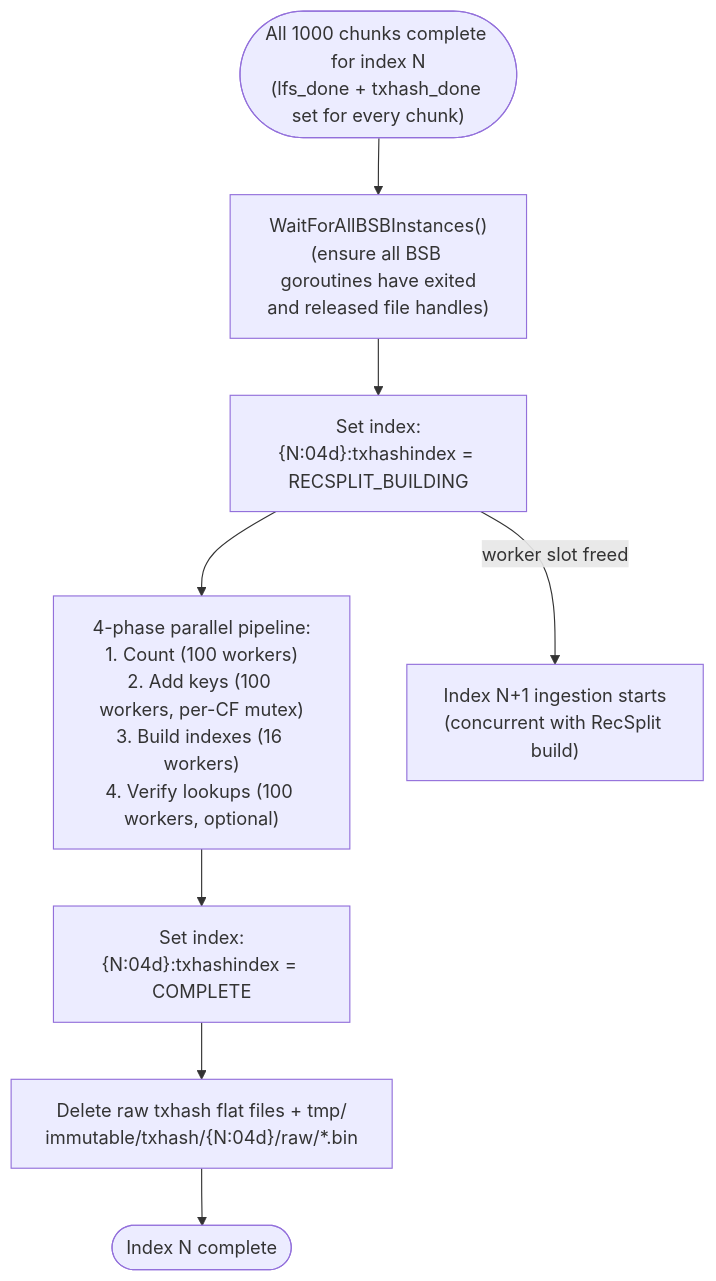
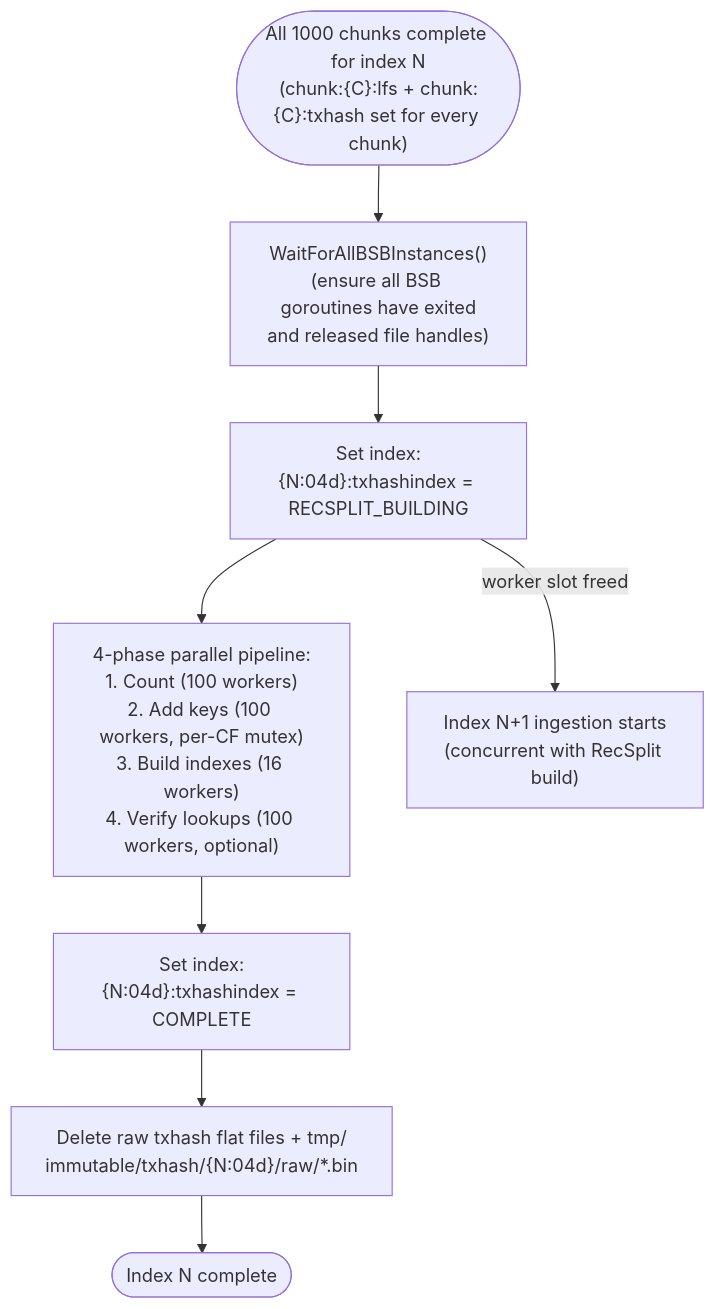
Before and after one commit to stellar/stellar-rpc: the ninth of 12 diagrams in full-history/design-docs/01-architecture-overview.md, drawn with Mermaid. The commit also changed other lines of this file and 10 other files, not shown here.

````diff
--- a/full-history/design-docs/01-architecture-overview.md
+++ b/full-history/design-docs/01-architecture-overview.md
@@ -232,11 +232,11 @@
 ```mermaid
 flowchart TD
-    DONE1000(["All 1000 chunks complete for index N<br/>(lfs_done + txhash_done set for every chunk)"]) --> BARRIER["WaitForAllBSBInstances()<br/>(ensure all BSB goroutines have exited<br/>and released file handles)"]
+    DONE1000(["All 1000 chunks complete for index N<br/>(chunk:{C}:lfs + chunk:{C}:txhash set for every chunk)"]) --> BARRIER["WaitForAllBSBInstances()<br/>(ensure all BSB goroutines have exited<br/>and released file handles)"]
     BARRIER --> SET_RS["Set index:{N:04d}:txhashindex = RECSPLIT_BUILDING"]
     SET_RS --> BUILD_CFS["4-phase parallel pipeline:<br/>1. Count (100 workers)<br/>2. Add keys (100 workers, per-CF mutex)<br/>3. Build indexes (16 workers)<br/>4. Verify lookups (100 workers, optional)"]
     BUILD_CFS --> RS_COMPLETE["Set index:{N:04d}:txhashindex = COMPLETE"]
     RS_COMPLETE --> DELETE_RAW["Delete raw txhash flat files + tmp/<br/>immutable/txhash/{N:04d}/raw/*.bin"]
     DELETE_RAW --> INDEX_DONE(["Index N complete"])
 
     SET_RS -->|"worker slot freed"| INGEST_NEXT["Index N+1 ingestion starts<br/>(concurrent with RecSplit build)"]
 ```
````
